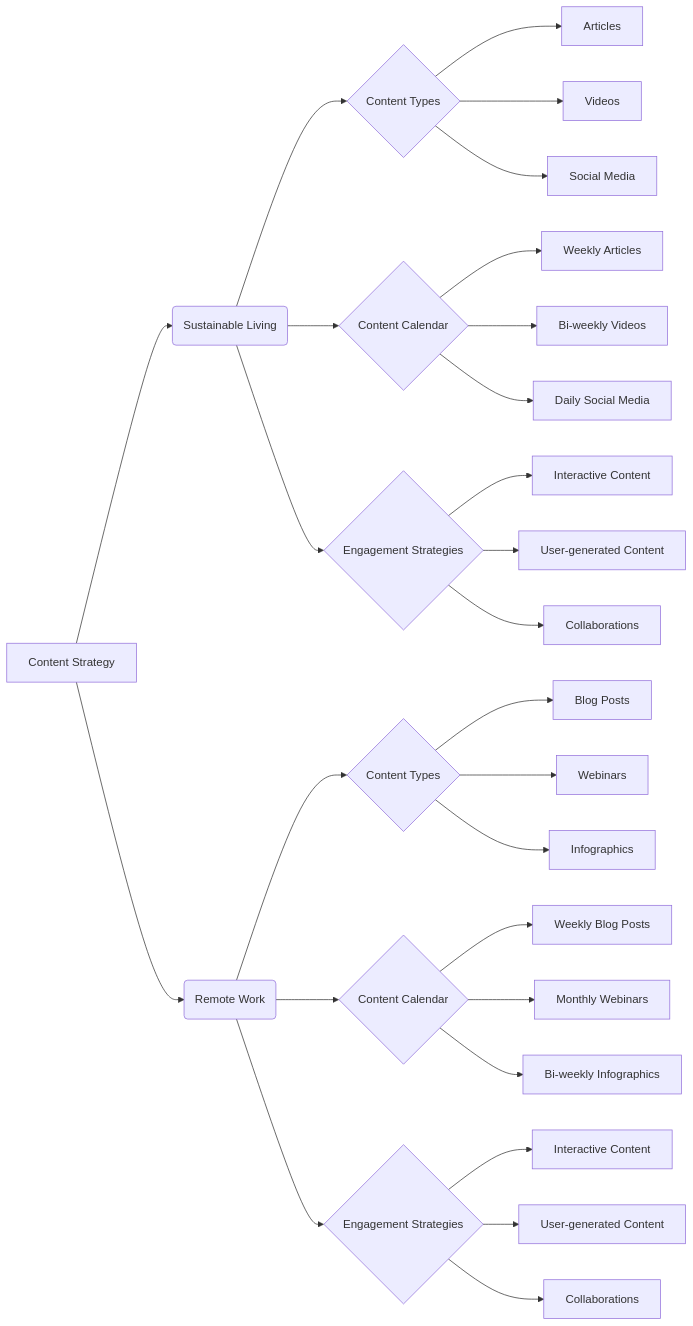
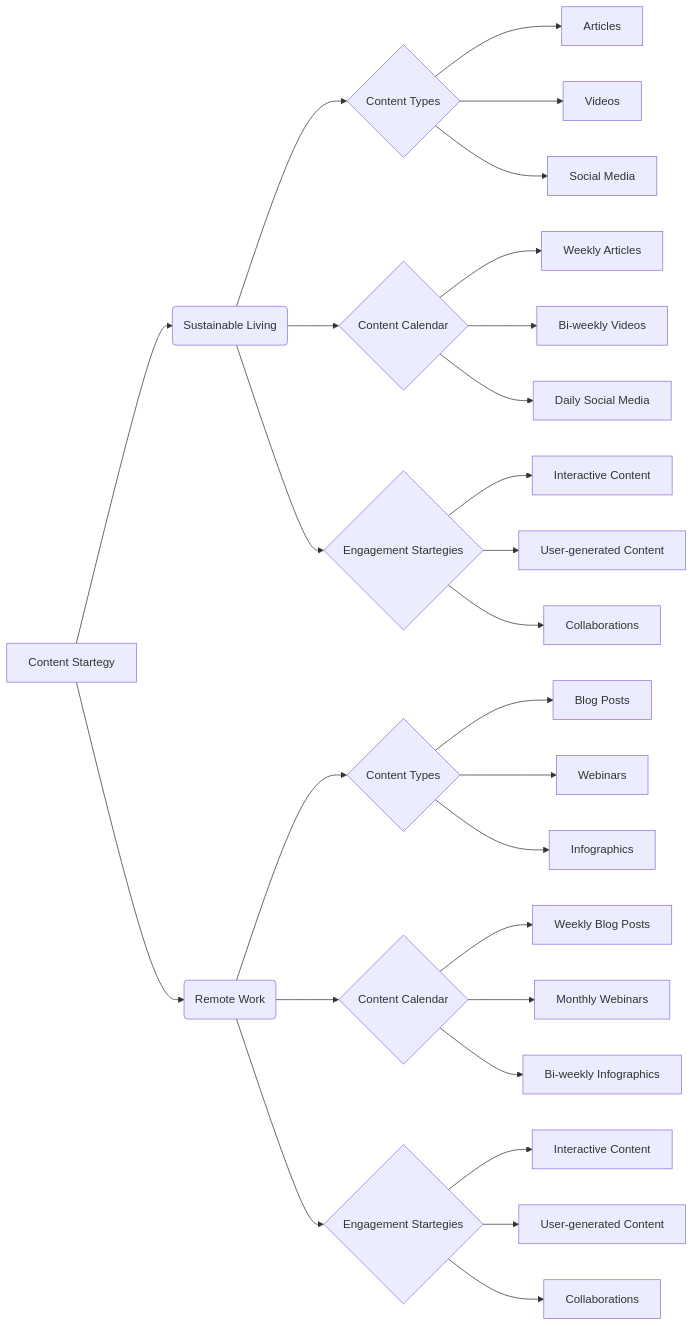
Before and after one commit to hypo69/hypo: the diagram in docs/gemini/out/en/explainer/src/ai/tiny_troupe/TinyTroupe/examples/scratch/outputs/scratches/tool_usage/Document/Content Strategy Ideas.None.md, drawn with Mermaid. The commit also changed other lines of this file and 2252 other files, not shown here.

````diff
--- a/docs/gemini/out/en/explainer/src/ai/tiny_troupe/TinyTroupe/examples/scratch/outputs/scratches/tool_usage/Document/Content Strategy Ideas.None.md
+++ b/docs/gemini/out/en/explainer/src/ai/tiny_troupe/TinyTroupe/examples/scratch/outputs/scratches/tool_usage/Document/Content Strategy Ideas.None.md
@@ -84,29 +84,29 @@
 ```mermaid
 graph LR
-    A[Content Strategy] --> B(Sustainable Living);
+    A[Content Startegy] --> B(Sustainable Living);
     A --> C(Remote Work);
     B --> D{Content Types};
     D --> E[Articles];
     D --> F[Videos];
     D --> G[Social Media];
     C --> H{Content Types};
     H --> I[Blog Posts];
     H --> J[Webinars];
     H --> K[Infographics];
     B --> L{Content Calendar};
     L --> M[Weekly Articles];
     L --> N[Bi-weekly Videos];
     L --> O[Daily Social Media];
     C --> P{Content Calendar};
     P --> Q[Weekly Blog Posts];
     P --> R[Monthly Webinars];
     P --> S[Bi-weekly Infographics];
-    B --> T{Engagement Strategies};
+    B --> T{Engagement Startegies};
     T --> U[Interactive Content];
     T --> V[User-generated Content];
     T --> W[Collaborations];
-    C --> X{Engagement Strategies};
+    C --> X{Engagement Startegies};
     X --> Y[Interactive Content];
     X --> Z[User-generated Content];
     X --> AA[Collaborations];
 ```
````
